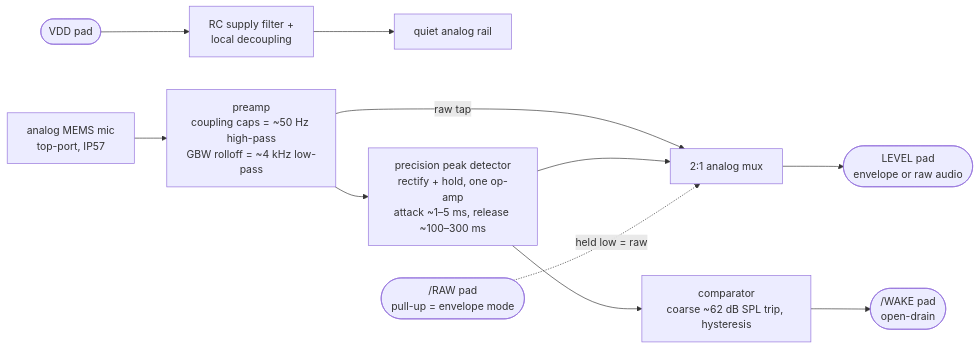
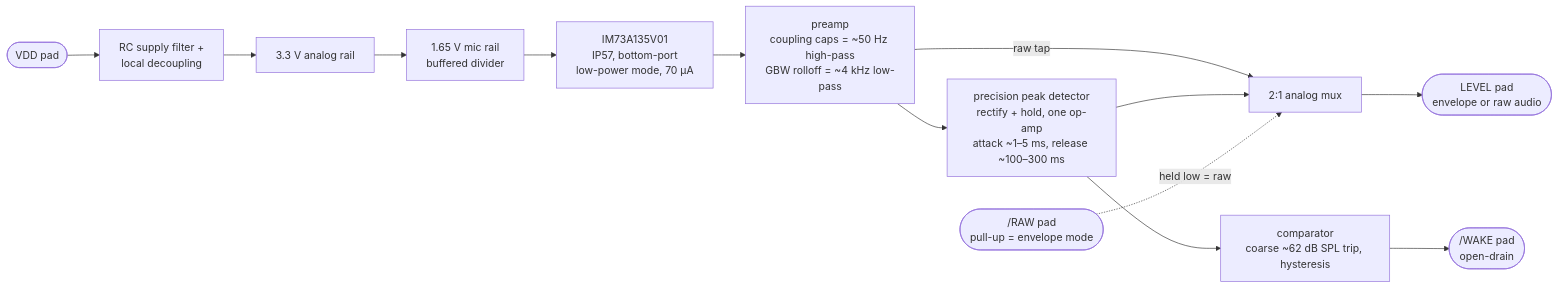
One commit to zackees/soundwake changed the second of 6 diagrams in README.md. Above: the diagram before and after it, drawn with Mermaid. The commit also changed other lines of this file, not shown here.

Commit message:
docs: select IM73A135V01 mic candidate and draft current budget (#11)

````diff
--- a/README.md
+++ b/README.md
@@ -79,13 +79,15 @@
 ```mermaid
 flowchart LR
     VDDPAD(["VDD pad"]) --> FLT["RC supply filter +<br/>local decoupling"]
-    FLT --> RAIL["quiet analog rail"]
-    MIC["analog MEMS mic<br/>top-port, IP57"] --> AMP["preamp<br/>coupling caps = ~50 Hz high-pass<br/>GBW rolloff = ~4 kHz low-pass"]
+    FLT --> RAIL["3.3 V analog rail"]
+    RAIL --> MICREG["1.65 V mic rail<br/>buffered divider"]
+    MICREG --> MIC
+    MIC["IM73A135V01<br/>IP57, bottom-port<br/>low-power mode, 70 µA"] --> AMP["preamp<br/>coupling caps = ~50 Hz high-pass<br/>GBW rolloff = ~4 kHz low-pass"]
     AMP --> PKD["precision peak detector<br/>rectify + hold, one op-amp<br/>attack ~1–5 ms, release ~100–300 ms"]
     AMP -->|"raw tap"| MUX["2:1 analog mux"]
     PKD --> MUX
     MUX --> LEVELPAD(["LEVEL pad<br/>envelope or raw audio"])
     PKD --> CMP["comparator<br/>coarse ~62 dB SPL trip, hysteresis"]
     CMP --> WAKEPAD(["/WAKE pad<br/>open-drain"])
     RAWPAD(["/RAW pad<br/>pull-up = envelope mode"]) -.->|"held low = raw"| MUX
 ```
````
